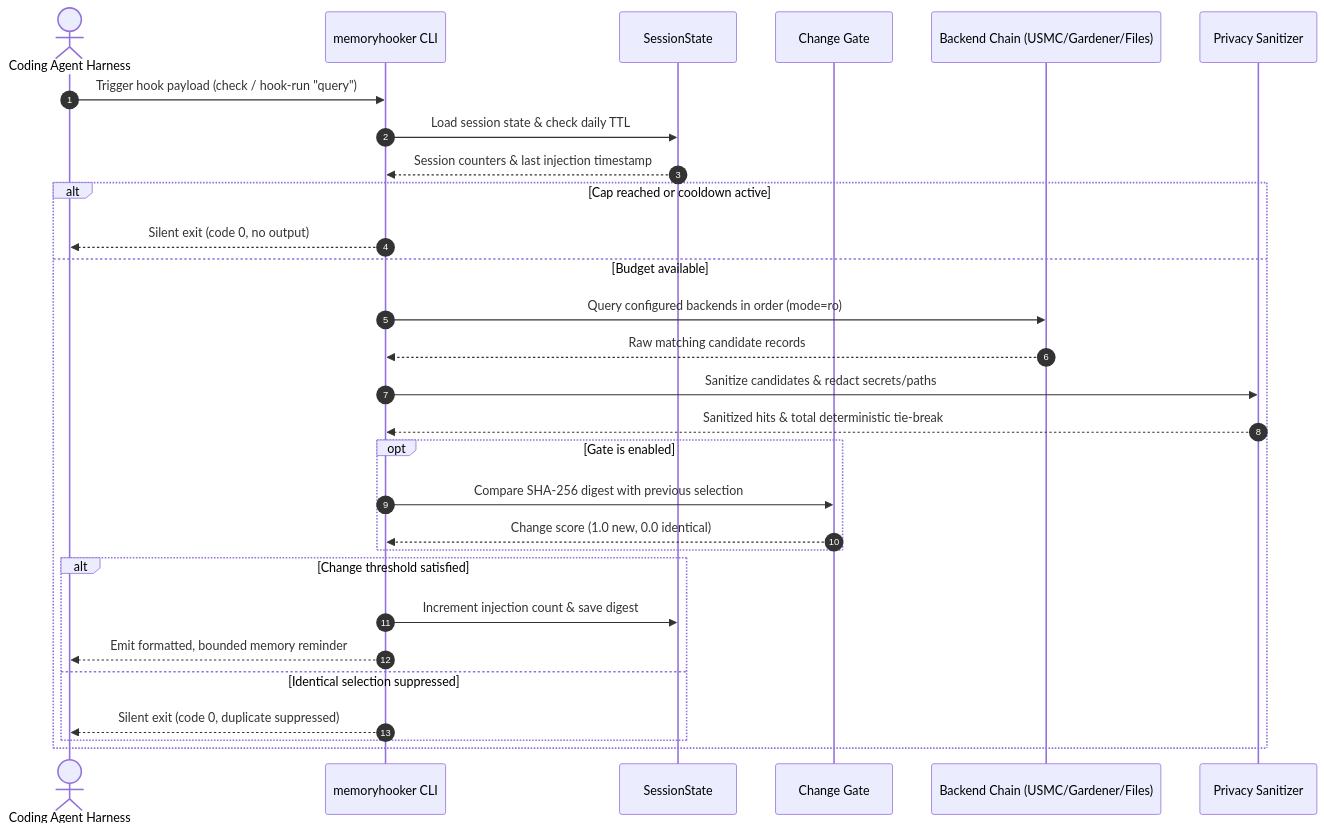
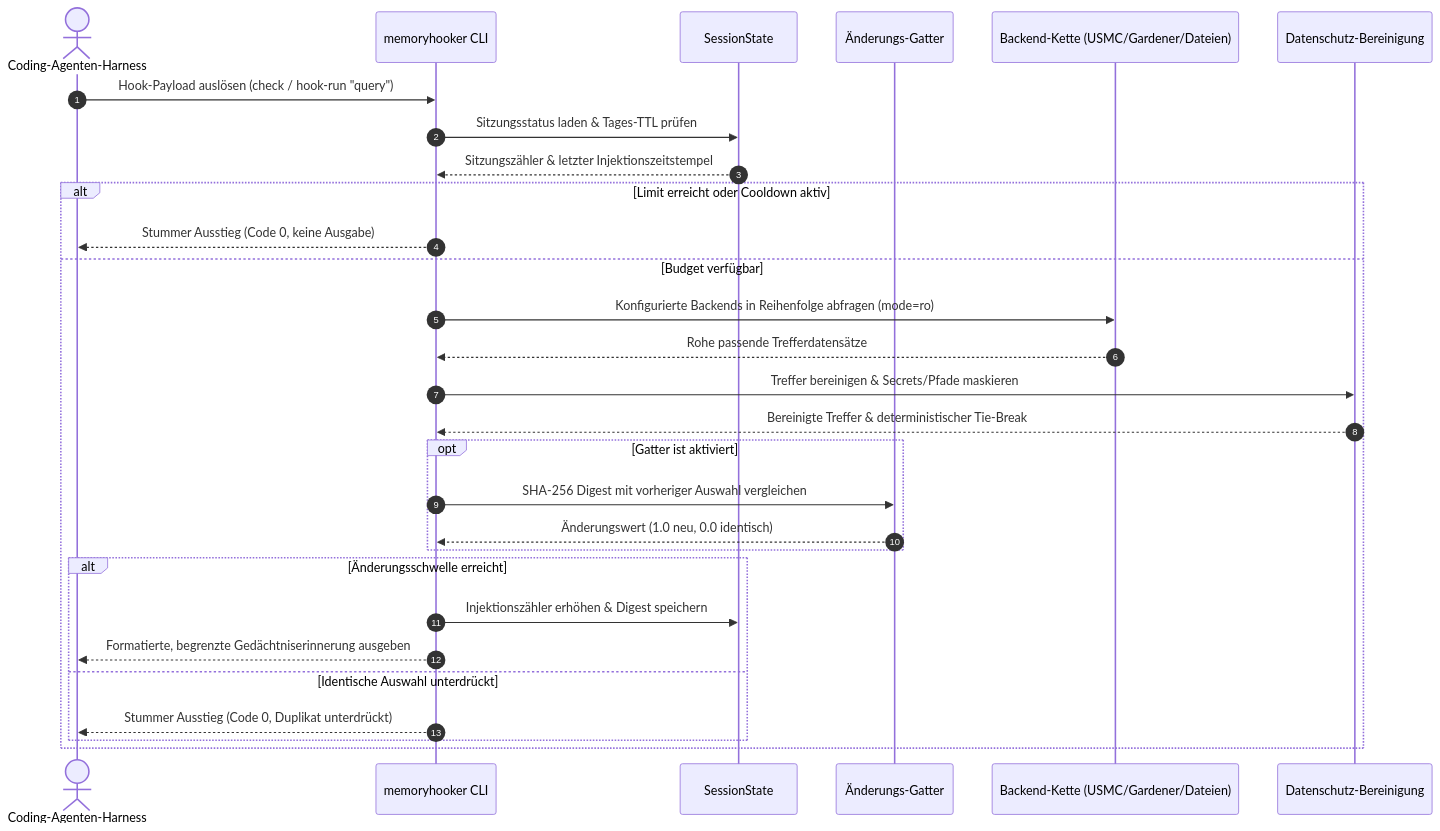
The second of 2 diagrams in README_de.md (ellmos-ai/memoryhooker), drawn with Mermaid before and after one commit. The commit also changed other lines of this file and 8 other files, not shown here.

Commit message:
feat(marketing): Pfad B visual architecture, ASCII four-view topology & Level 1 SBOM re-audit [G 2026-10-01]

````diff
--- a/README_de.md
+++ b/README_de.md
@@ -136,32 +154,32 @@
 ```mermaid
 sequenceDiagram
     autonumber
-    actor Agent as Coding Agent Harness
+    actor Agent as Coding-Agenten-Harness
     participant CLI as memoryhooker CLI
     participant State as SessionState
-    participant Gate as Change Gate
-    participant Chain as Backend Chain (USMC/Gardener/Files)
-    participant Privacy as Privacy Sanitizer
+    participant Gate as Änderungs-Gatter
+    participant Chain as Backend-Kette (USMC/Gardener/Dateien)
+    participant Privacy as Datenschutz-Bereinigung
 
-    Agent->>CLI: Trigger hook payload (check / hook-run "query")
-    CLI->>State: Load session state & check daily TTL
-    State-->>CLI: Session counters & last injection timestamp
-    alt Cap reached or cooldown active
-        CLI-->>Agent: Silent exit (code 0, no output)
-    else Budget available
-        CLI->>Chain: Query configured backends in order (mode=ro)
-        Chain-->>CLI: Raw matching candidate records
-        CLI->>Privacy: Sanitize candidates & redact secrets/paths
-        Privacy-->>CLI: Sanitized hits & total deterministic tie-break
-        opt Gate is enabled
-            CLI->>Gate: Compare SHA-256 digest with previous selection
-            Gate-->>CLI: Change score (1.0 new, 0.0 identical)
+    Agent->>CLI: Hook-Payload auslösen (check / hook-run "query")
+    CLI->>State: Sitzungsstatus laden & Tages-TTL prüfen
+    State-->>CLI: Sitzungszähler & letzter Injektionszeitstempel
+    alt Limit erreicht oder Cooldown aktiv
+        CLI-->>Agent: Stummer Ausstieg (Code 0, keine Ausgabe)
+    else Budget verfügbar
+        CLI->>Chain: Konfigurierte Backends in Reihenfolge abfragen (mode=ro)
+        Chain-->>CLI: Rohe passende Trefferdatensätze
+        CLI->>Privacy: Treffer bereinigen & Secrets/Pfade maskieren
+        Privacy-->>CLI: Bereinigte Treffer & deterministischer Tie-Break
+        opt Gatter ist aktiviert
+            CLI->>Gate: SHA-256 Digest mit vorheriger Auswahl vergleichen
+            Gate-->>CLI: Änderungswert (1.0 neu, 0.0 identisch)
         end
-        alt Change threshold satisfied
-            CLI->>State: Increment injection count & save digest
-            CLI-->>Agent: Emit formatted, bounded memory reminder
-        else Identical selection suppressed
-            CLI-->>Agent: Silent exit (code 0, duplicate suppressed)
+        alt Änderungsschwelle erreicht
+            CLI->>State: Injektionszähler erhöhen & Digest speichern
+            CLI-->>Agent: Formatierte, begrenzte Gedächtniserinnerung ausgeben
+        else Identische Auswahl unterdrückt
+            CLI-->>Agent: Stummer Ausstieg (Code 0, Duplikat unterdrückt)
         end
     end
 ```
````
